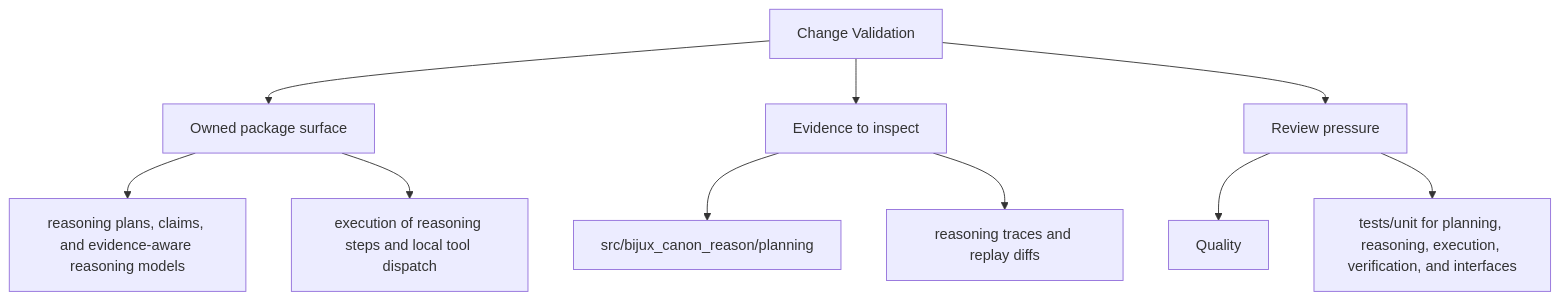
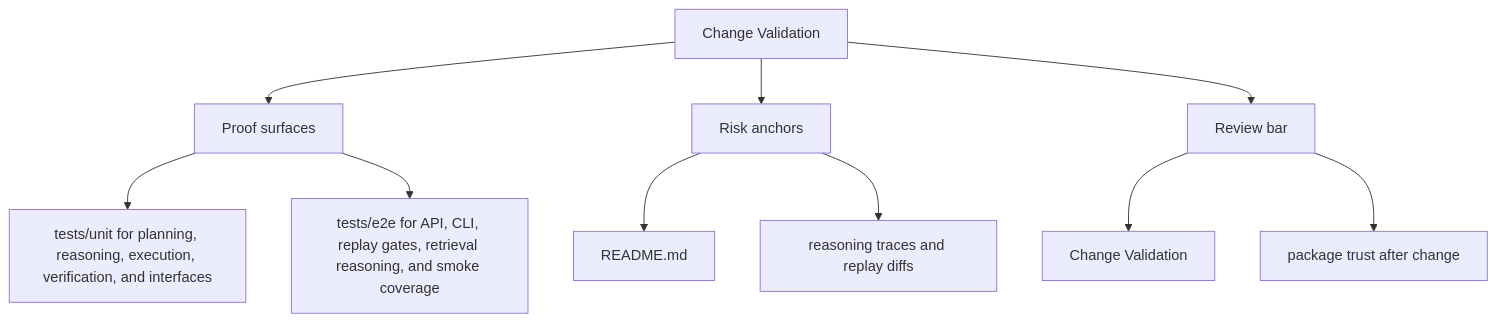
The second of 2 diagrams in docs/bijux-canon-reason/quality/change-validation.md (bijux/bijux-canon), drawn with Mermaid before and after one commit. The commit also changed other lines of this file and 250 other files, not shown here.

Commit message:
docs(diagrams): make product page maps more readable

````diff
--- a/docs/bijux-canon-reason/quality/change-validation.md
+++ b/docs/bijux-canon-reason/quality/change-validation.md
@@ -33,22 +33,22 @@
 ```mermaid
 flowchart TD
     page["Change Validation"]
-    focus1["Owned package surface"]
+    focus1["Proof surfaces"]
     page --> focus1
-    focus1_1["reasoning plans, claims, and evidence-aware reasoning models"]
+    focus1_1["tests/unit for planning, reasoning, execution, verification, and interfaces"]
     focus1 --> focus1_1
-    focus1_2["execution of reasoning steps and local tool dispatch"]
+    focus1_2["tests/e2e for API, CLI, replay gates, retrieval reasoning, and smoke coverage"]
     focus1 --> focus1_2
-    focus2["Evidence to inspect"]
+    focus2["Risk anchors"]
     page --> focus2
-    focus2_1["src/bijux_canon_reason/planning"]
+    focus2_1["README.md"]
     focus2 --> focus2_1
     focus2_2["reasoning traces and replay diffs"]
     focus2 --> focus2_2
-    focus3["Review pressure"]
+    focus3["Review bar"]
     page --> focus3
-    focus3_1["Quality"]
+    focus3_1["Change Validation"]
     focus3 --> focus3_1
-    focus3_2["tests/unit for planning, reasoning, execution, verification, and interfaces"]
+    focus3_2["package trust after change"]
     focus3 --> focus3_2
 ```
````
